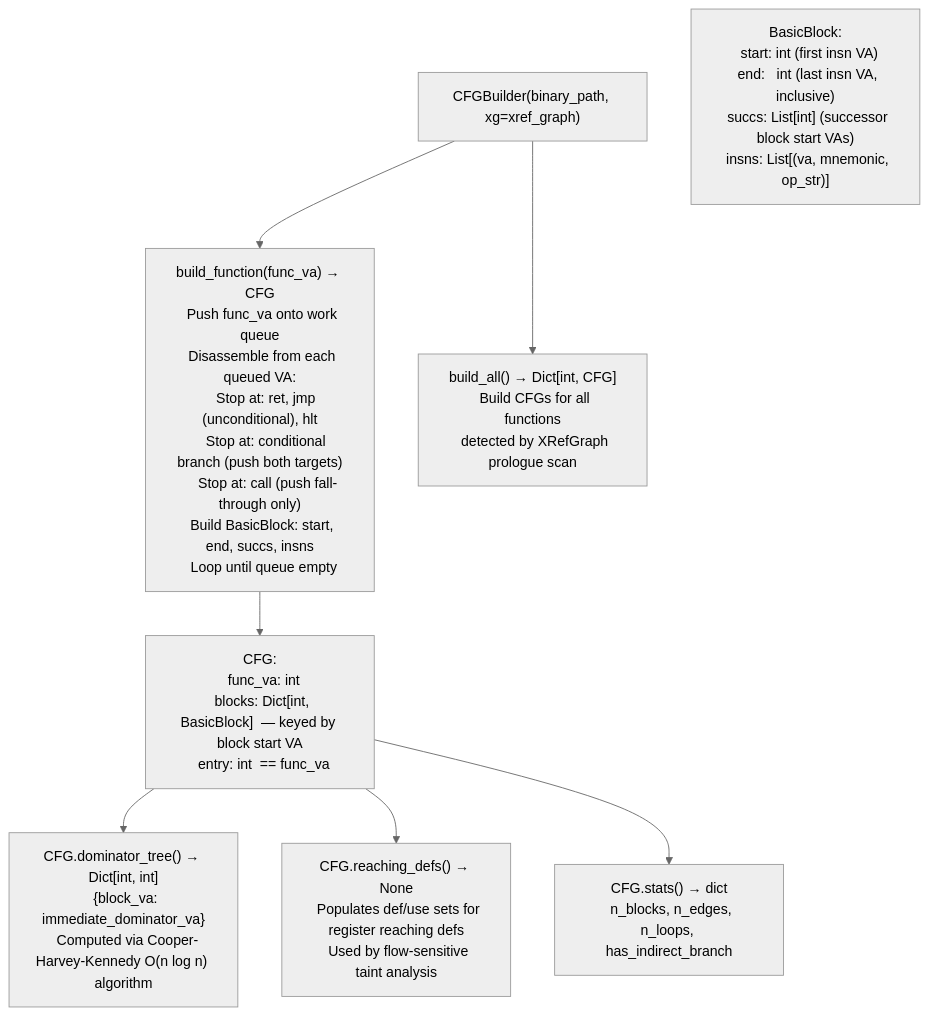
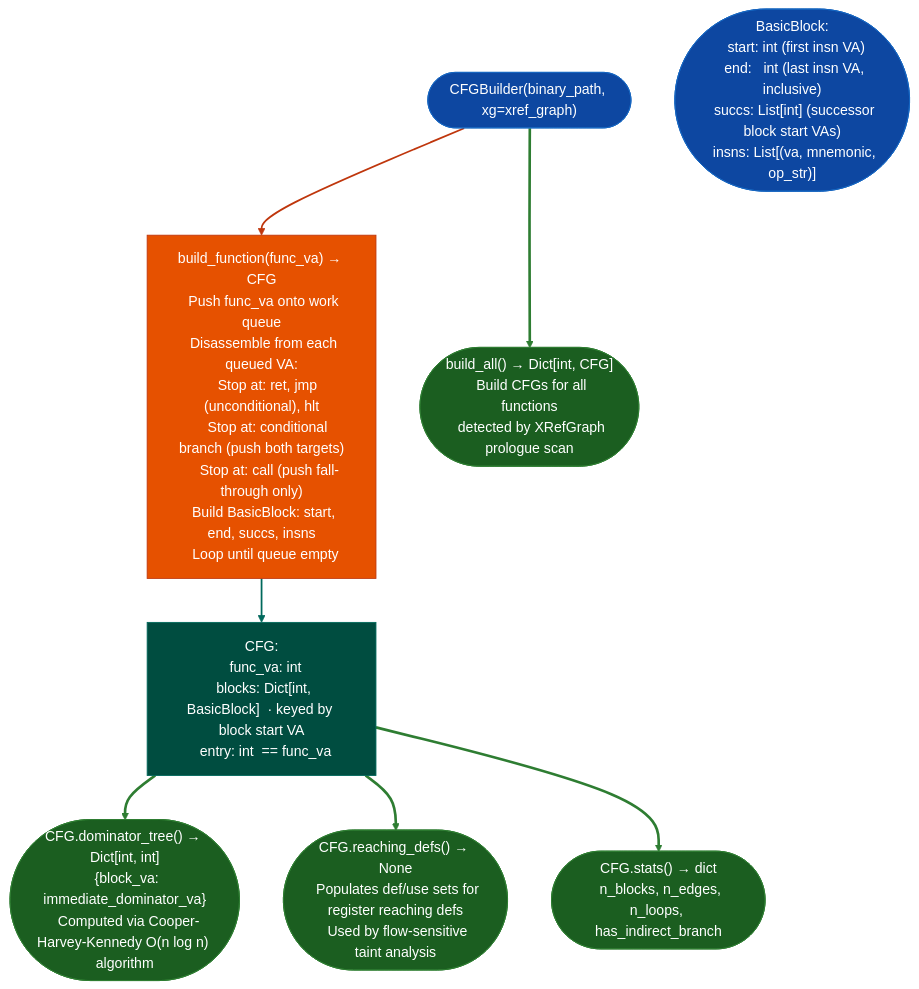
Before and after one commit to Ablation-Tool/ablation: the diagram in docs/reference-modules/control-flow-graph-construction.md, drawn with Mermaid (neutral theme). The commit also changed 320 other files, not shown here.

First line of the commit message:
docs: apply canonical Mermaid template to all 321 diagrams

````diff
--- a/docs/reference-modules/control-flow-graph-construction.md
+++ b/docs/reference-modules/control-flow-graph-construction.md
@@ -19,10 +19,22 @@
 ```mermaid
 flowchart TD
-    A["CFGBuilder(binary_path, xg=xref_graph)"] --> B["build_function(func_va) → CFG\n  Push func_va onto work queue\n  Disassemble from each queued VA:\n    Stop at: ret, jmp (unconditional), hlt\n    Stop at: conditional branch (push both targets)\n    Stop at: call (push fall-through only)\n  Build BasicBlock: start, end, succs, insns\n  Loop until queue empty"]
-    B --> C["CFG:\n  func_va: int\n  blocks: Dict[int, BasicBlock]  — keyed by block start VA\n  entry: int  == func_va"]
-    C --> D["CFG.dominator_tree() → Dict[int, int]\n  {block_va: immediate_dominator_va}\n  Computed via Cooper-Harvey-Kennedy O(n log n) algorithm"]
-    C --> E["CFG.reaching_defs() → None\n  Populates def/use sets for register reaching defs\n  Used by flow-sensitive taint analysis"]
-    C --> F["CFG.stats() → dict\n  n_blocks, n_edges, n_loops, has_indirect_branch"]
-    A --> G["build_all() → Dict[int, CFG]\n  Build CFGs for all functions\n  detected by XRefGraph prologue scan"]
-    H["BasicBlock:\n  start: int (first insn VA)\n  end:   int (last insn VA, inclusive)\n  succs: List[int] (successor block start VAs)\n  insns: List[(va, mnemonic, op_str)]"]
+    A(["CFGBuilder(binary_path, xg=xref_graph)"]):::input --> B["build_function(func_va) → CFG\n  Push func_va onto work queue\n  Disassemble from each queued VA:\n    Stop at: ret, jmp (unconditional), hlt\n    Stop at: conditional branch (push both targets)\n    Stop at: call (push fall-through only)\n  Build BasicBlock: start, end, succs, insns\n  Loop until queue empty"]:::primary
+    B:::primary --> C["CFG:\n  func_va: int\n  blocks: Dict[int, BasicBlock]  · keyed by block start VA\n  entry: int  == func_va"]:::secondary
+    C:::secondary --> D(["CFG.dominator_tree() → Dict[int, int]\n  {block_va: immediate_dominator_va}\n  Computed via Cooper-Harvey-Kennedy O(n log n) algorithm"]):::output
+    C:::secondary --> E(["CFG.reaching_defs() → None\n  Populates def/use sets for register reaching defs\n  Used by flow-sensitive taint analysis"]):::output
+    C:::secondary --> F(["CFG.stats() → dict\n  n_blocks, n_edges, n_loops, has_indirect_branch"]):::output
+    A:::input --> G(["build_all() → Dict[int, CFG]\n  Build CFGs for all functions\n  detected by XRefGraph prologue scan"]):::output
+    H(["BasicBlock:\n  start: int (first insn VA)\n  end:   int (last insn VA, inclusive)\n  succs: List[int] (successor block start VAs)\n  insns: List[(va, mnemonic, op_str)]"]):::input
+    classDef input     fill:#0d47a1,stroke:#1565c0,color:#fff
+    classDef primary   fill:#e65100,stroke:#bf360c,color:#fff
+    classDef secondary fill:#004d40,stroke:#00695c,color:#fff
+    classDef tertiary  fill:#4a148c,stroke:#6a1b9a,color:#fff
+    classDef neutral   fill:#37474f,stroke:#546e7a,color:#fff
+    classDef output    fill:#1b5e20,stroke:#2e7d32,color:#fff
+    linkStyle 0 stroke:#bf360c,stroke-width:2px
+    linkStyle 1 stroke:#00695c,stroke-width:2px
+    linkStyle 2 stroke:#2e7d32,stroke-width:3px
+    linkStyle 3 stroke:#2e7d32,stroke-width:3px
+    linkStyle 4 stroke:#2e7d32,stroke-width:3px
+    linkStyle 5 stroke:#2e7d32,stroke-width:3px
 ```
````
